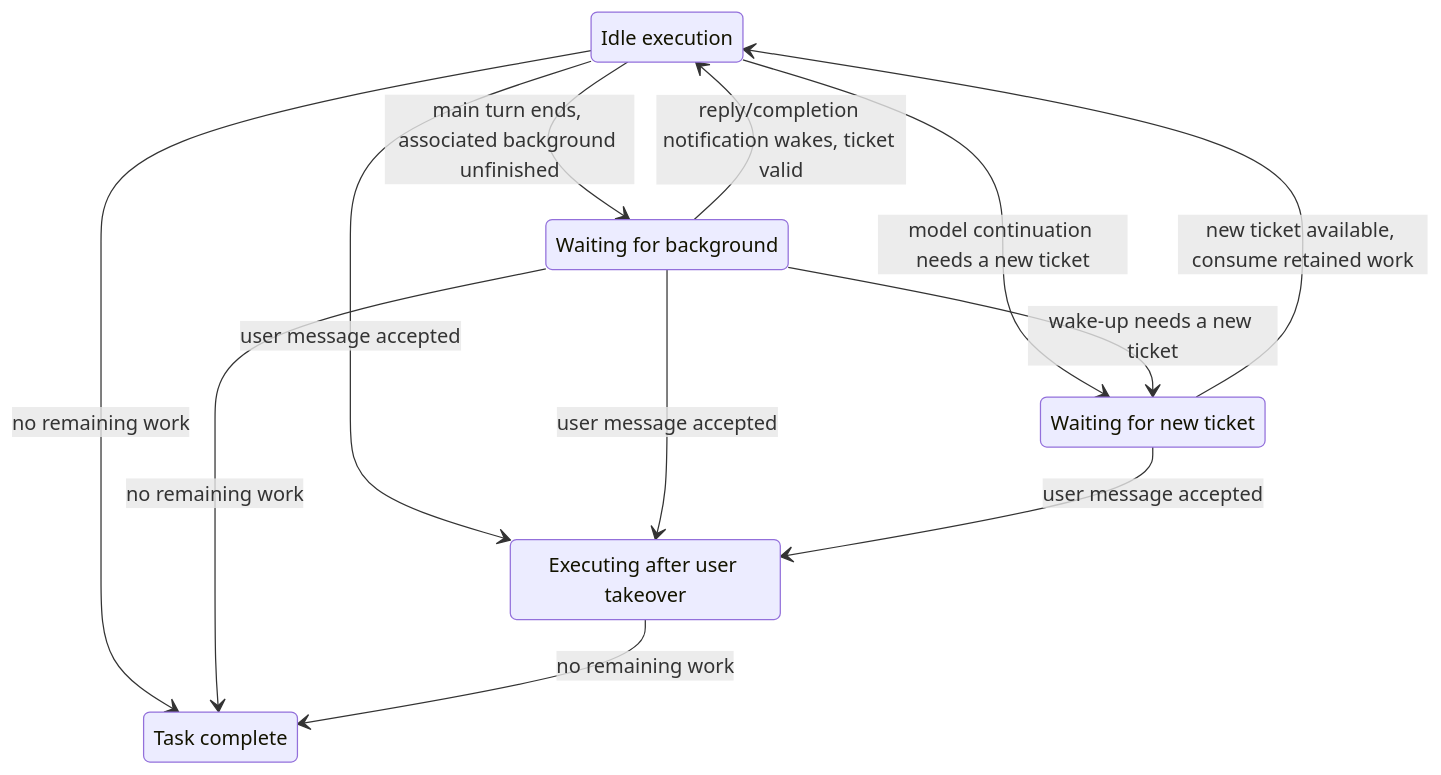
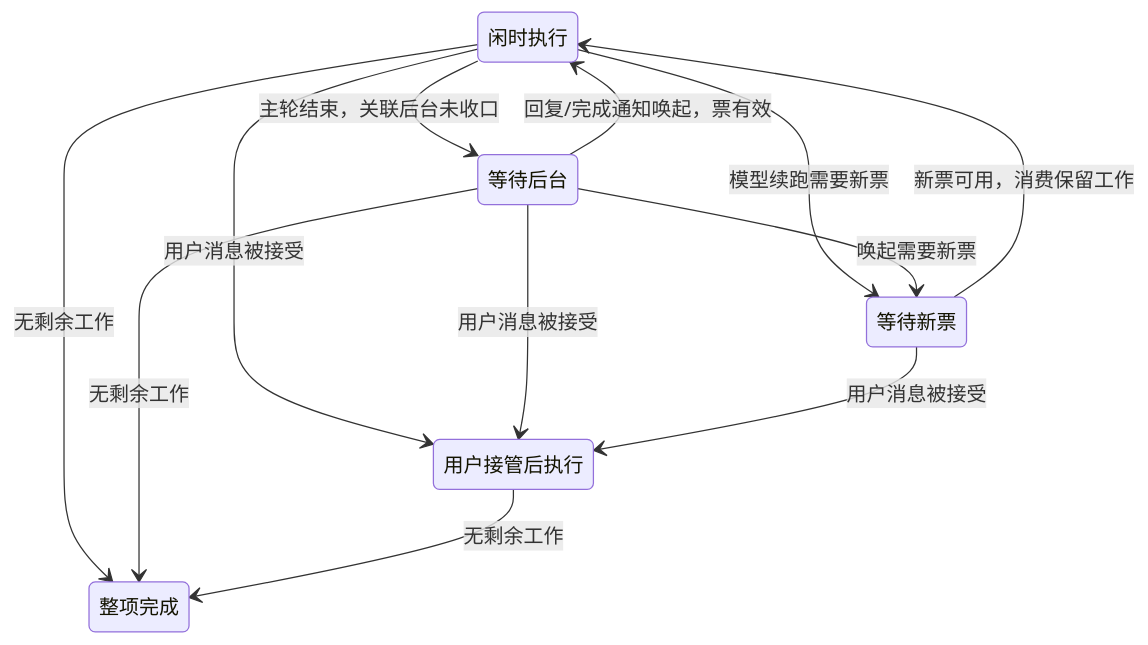
One commit to osben/ZCode changed the second of 2 diagrams in docs/off-peak-task/background-lifecycle-plan.md. Above: the diagram before and after it, drawn with Mermaid. The commit also changed other lines of this file and 5391 other files, not shown here.

````diff
--- a/docs/off-peak-task/background-lifecycle-plan.md
+++ b/docs/off-peak-task/background-lifecycle-plan.md
@@ -108,19 +83,19 @@
 ```mermaid
 stateDiagram-v2
-    state "Idle execution" as Idle
-    state "Waiting for background" as Background
-    state "Waiting for new ticket" as Ticket
-    state "Executing after user takeover" as User
-    state "Task complete" as Done
-    Idle --> Background: main turn ends, associated background unfinished
-    Background --> Idle: reply/completion notification wakes, ticket valid
-    Idle --> Ticket: model continuation needs a new ticket
-    Background --> Ticket: wake-up needs a new ticket
-    Ticket --> Idle: new ticket available, consume retained work
-    Idle --> User: user message accepted
-    Background --> User: user message accepted
-    Ticket --> User: user message accepted
-    Idle --> Done: no remaining work
-    Background --> Done: no remaining work
-    User --> Done: no remaining work
+    state "闲时执行" as Idle
+    state "等待后台" as Background
+    state "等待新票" as Ticket
+    state "用户接管后执行" as User
+    state "整项完成" as Done
+    Idle --> Background: 主轮结束，关联后台未收口
+    Background --> Idle: 回复/完成通知唤起，票有效
+    Idle --> Ticket: 模型续跑需要新票
+    Background --> Ticket: 唤起需要新票
+    Ticket --> Idle: 新票可用，消费保留工作
+    Idle --> User: 用户消息被接受
+    Background --> User: 用户消息被接受
+    Ticket --> User: 用户消息被接受
+    Idle --> Done: 无剩余工作
+    Background --> Done: 无剩余工作
+    User --> Done: 无剩余工作
 ```
````
